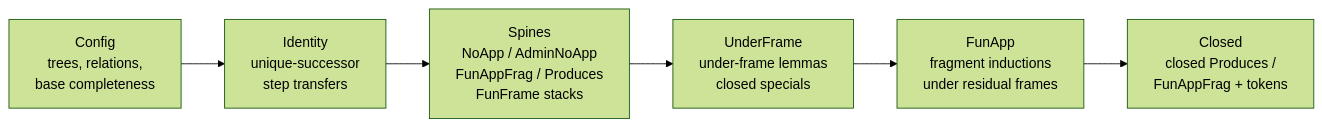
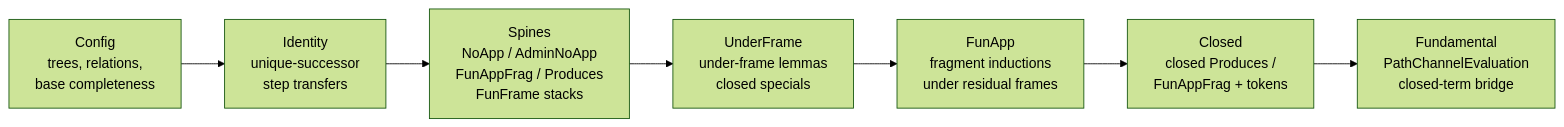
One commit to catskillsresearch/qlambda changed the third of 7 diagrams in arxiv.md. Above: the diagram before and after it, drawn with Mermaid (forest theme). The commit also changed other lines of this file and 4 other files, not shown here.

First line of the commit message:
Add path-indexed fundamental theorem for closed-term channel adequacy.

````diff
--- a/arxiv.md
+++ b/arxiv.md
@@ -201,11 +201,12 @@
 ```mermaid
 flowchart LR
   Config["Config<br/>trees, relations,<br/>base completeness"]
   Identity["Identity<br/>unique-successor<br/>step transfers"]
   Spines["Spines<br/>NoApp / AdminNoApp<br/>FunAppFrag / Produces<br/>FunFrame stacks"]
   UnderFrame["UnderFrame<br/>under-frame lemmas<br/>closed specials"]
   FunApp["FunApp<br/>fragment inductions<br/>under residual frames"]
   Closed["Closed<br/>closed Produces /<br/>FunAppFrag + tokens"]
+  Fundamental["Fundamental<br/>PathChannelEvaluation<br/>closed-term bridge"]
 
-  Config --> Identity --> Spines --> UnderFrame --> FunApp --> Closed
+  Config --> Identity --> Spines --> UnderFrame --> FunApp --> Closed --> Fundamental
 ```
````
